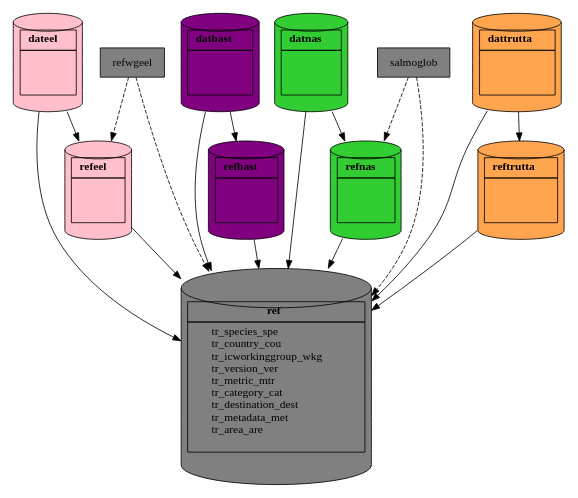
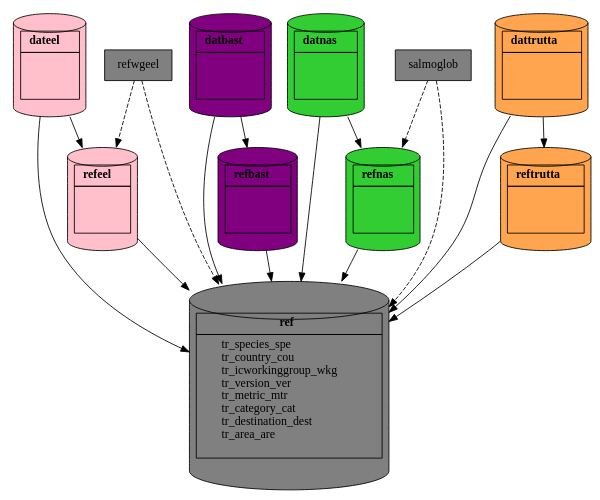
The second of 2 diagrams in R/diaspara_WP3_WEBINAR_June_2025.qmd (DIASPARAproject/WP3_migdb), drawn with Graphviz before and after one commit. The commit also changed 5 other files, not shown here.

```diff
--- a/R/diaspara_WP3_WEBINAR_June_2025.qmd
+++ b/R/diaspara_WP3_WEBINAR_June_2025.qmd
@@ -190,7 +190,6 @@
         tr_metric_mtr <br align="left"/>
         tr_category_cat <br align="left"/>
         tr_destination_dest <br align="left"/>
-        tr_metadata_met <br align="left"/>
         tr_area_are <br align="left"/> </td> </tr> 
        </table>> 
        shape = cylinder]; 
```
